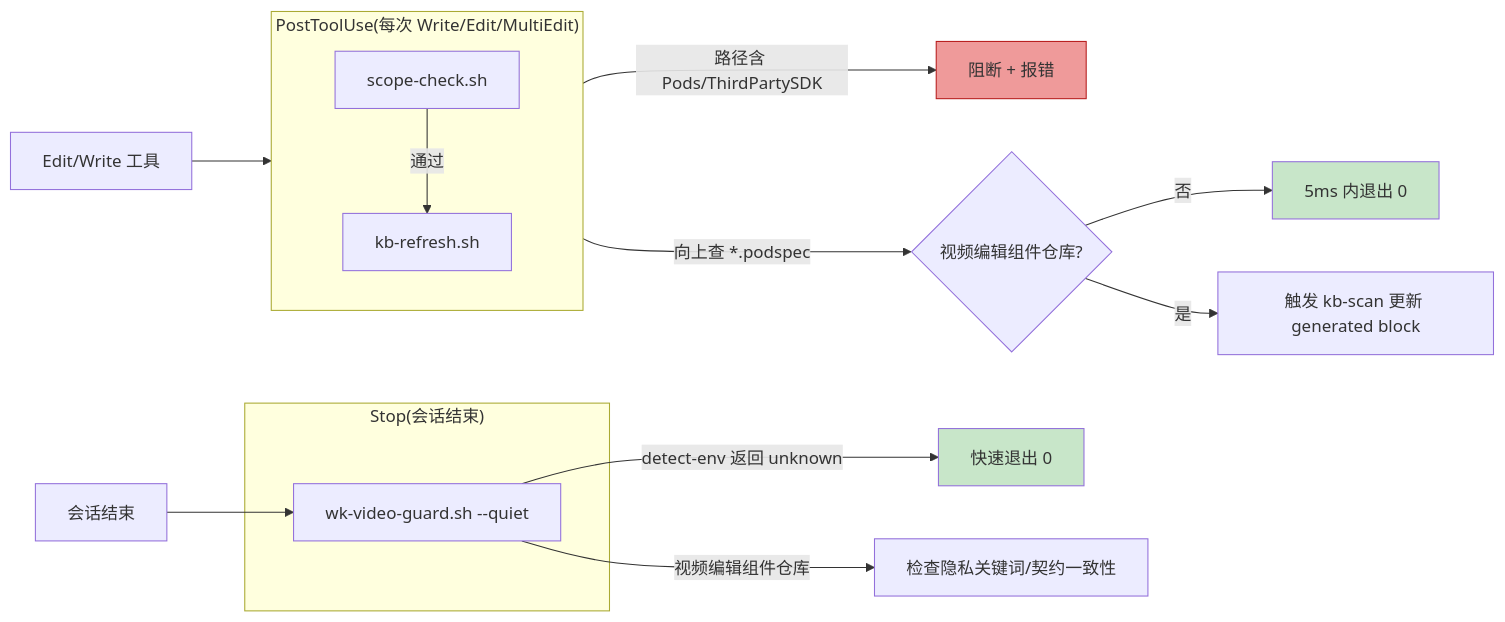
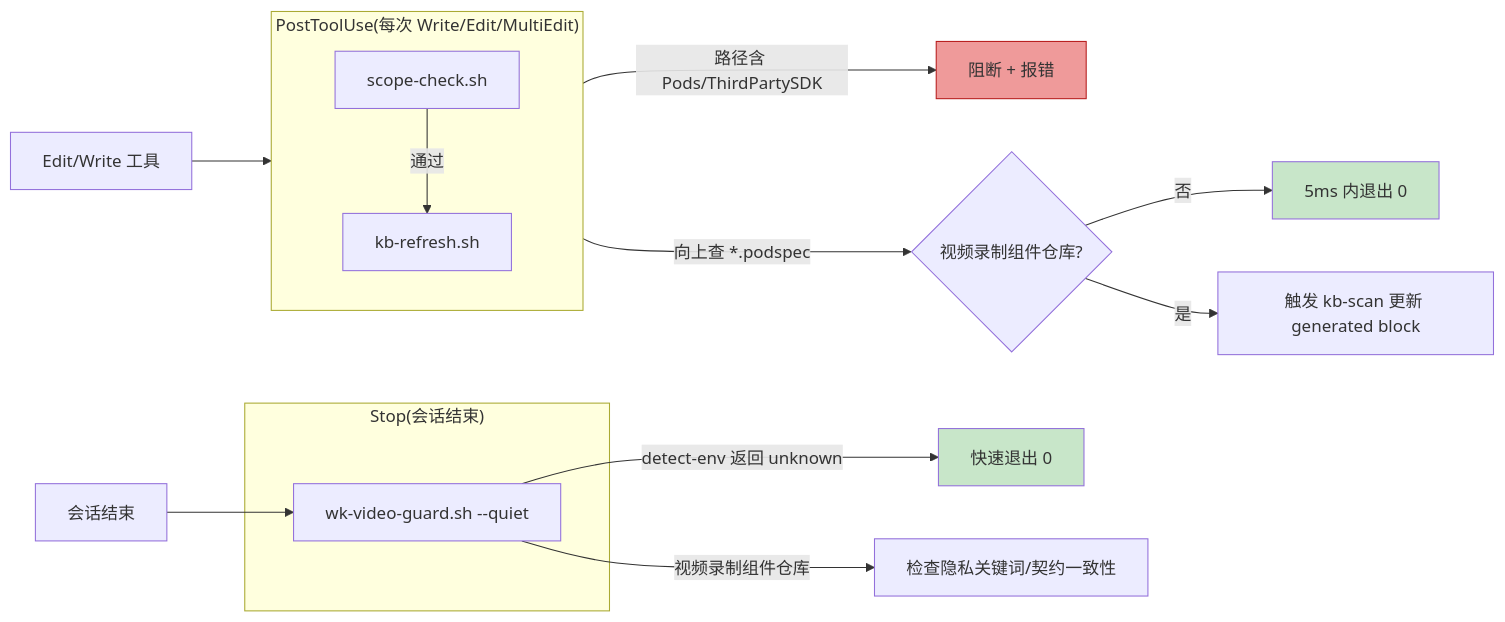
Before and after one commit to YuXilong-Labs/Agents: the sixth of 10 diagrams in wk-video-dev/docs/architecture.md, drawn with Mermaid. The commit also changed other lines of this file and 46 other files, not shown here.

````diff
--- a/wk-video-dev/docs/architecture.md
+++ b/wk-video-dev/docs/architecture.md
@@ -312,27 +312,27 @@
 ```mermaid
 graph LR
   subgraph PostToolUse["PostToolUse(每次 Write/Edit/MultiEdit)"]
     direction TB
     H1[scope-check.sh]
     H2[kb-refresh.sh]
   end
 
   subgraph Stop["Stop(会话结束)"]
     H3[wk-video-guard.sh --quiet]
   end
 
   E["Edit/Write 工具"] --> H1
   H1 -->|路径含 Pods/ThirdPartySDK| BLOCK[阻断 + 报错]
   H1 -->|通过| H2
-  H2 -->|向上查 *.podspec| FOUND{视频编辑组件仓库?}
+  H2 -->|向上查 *.podspec| FOUND{视频录制组件仓库?}
   FOUND -- 否 --> NOP1[5ms 内退出 0]
   FOUND -- 是 --> RUN[触发 kb-scan 更新 generated block]
 
   SESS[会话结束] --> H3
   H3 -->|detect-env 返回 unknown| NOP2[快速退出 0]
-  H3 -->|视频编辑组件仓库| CHECK[检查隐私关键词/契约一致性]
+  H3 -->|视频录制组件仓库| CHECK[检查隐私关键词/契约一致性]
 
   style BLOCK fill:#ef9a9a,stroke:#b71c1c
   style NOP1 fill:#c8e6c9
   style NOP2 fill:#c8e6c9
 ```
````
